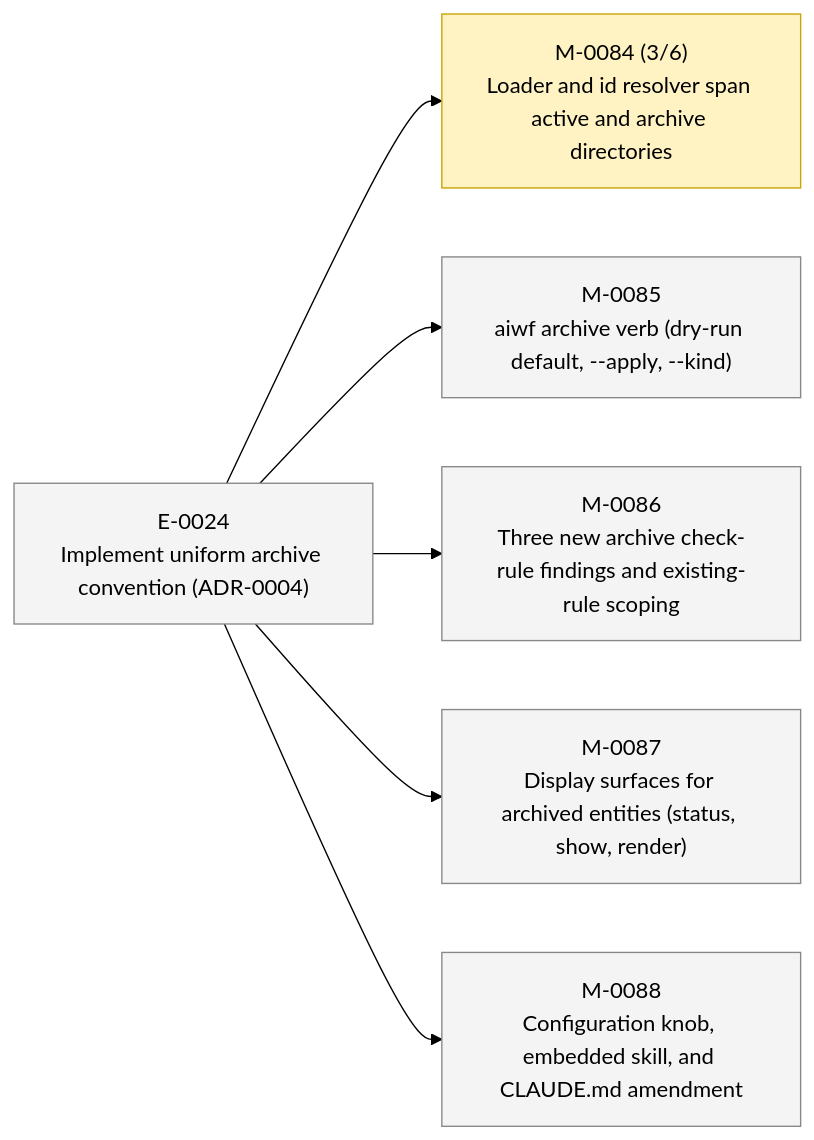
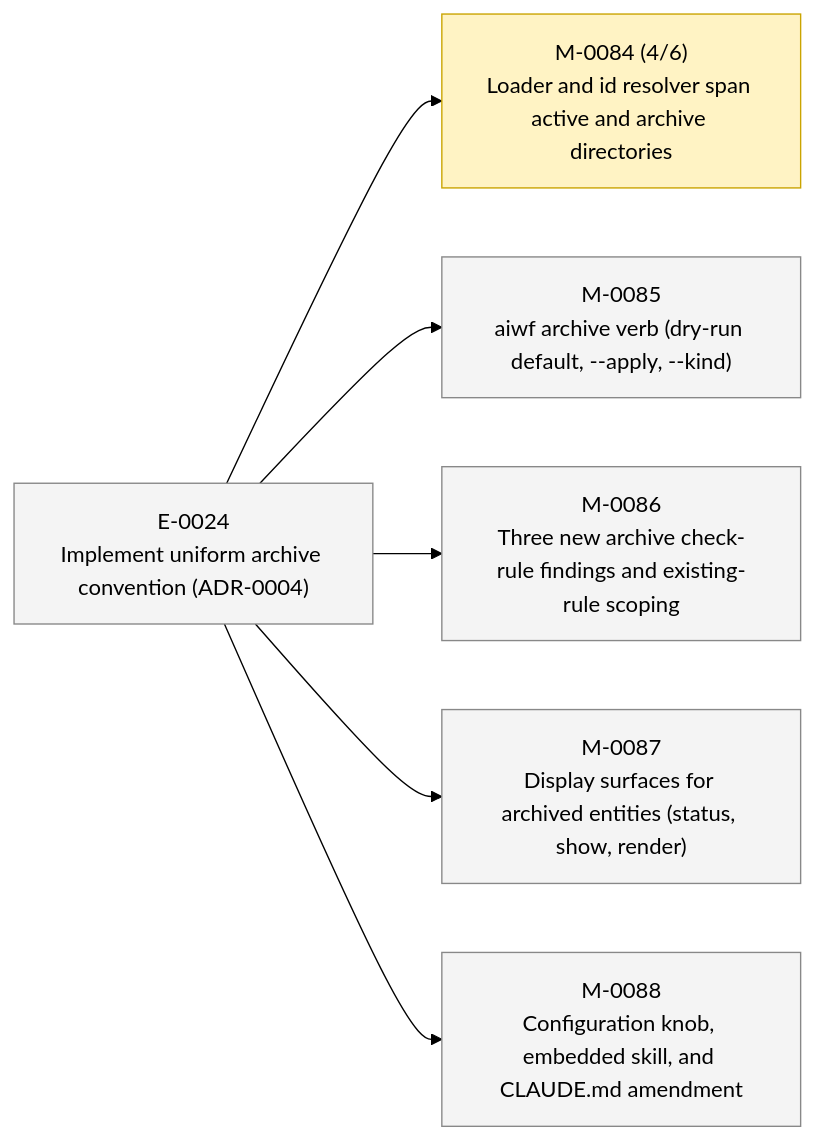
One commit to 23min/aiwf changed the second of 2 diagrams in STATUS.md. Above: the diagram before and after it, drawn with Mermaid (forest theme). The commit also changed other lines of this file and 1 other file, not shown here.

````diff
--- a/STATUS.md
+++ b/STATUS.md
@@ -49,20 +49,20 @@
 ```mermaid
 flowchart LR
   E_0024["E-0024<br/>Implement uniform archive convention (ADR-0004)"]:::epic_proposed
-  M_0084["M-0084 (3/6)<br/>Loader and id resolver span active and archive directories"]:::ms_in_progress
+  M_0084["M-0084 (4/6)<br/>Loader and id resolver span active and archive directories"]:::ms_in_progress
   E_0024 --> M_0084
   M_0085["M-0085<br/>aiwf archive verb (dry-run default, --apply, --kind)"]:::ms_draft
   E_0024 --> M_0085
   M_0086["M-0086<br/>Three new archive check-rule findings and existing-rule scoping"]:::ms_draft
   E_0024 --> M_0086
   M_0087["M-0087<br/>Display surfaces for archived entities (status, show, render)"]:::ms_draft
   E_0024 --> M_0087
   M_0088["M-0088<br/>Configuration knob, embedded skill, and CLAUDE.md amendment"]:::ms_draft
   E_0024 --> M_0088
   classDef epic_active fill:#d6eaff,stroke:#1a73e8,color:#000
   classDef epic_proposed fill:#f4f4f4,stroke:#888,color:#000
   classDef ms_done fill:#d8f5d8,stroke:#2a8a2a,color:#000
   classDef ms_in_progress fill:#fff3c4,stroke:#caa400,color:#000
   classDef ms_draft fill:#f4f4f4,stroke:#888,color:#000
   classDef ms_cancelled fill:#fbeaea,stroke:#c33,color:#000
 ```
````
